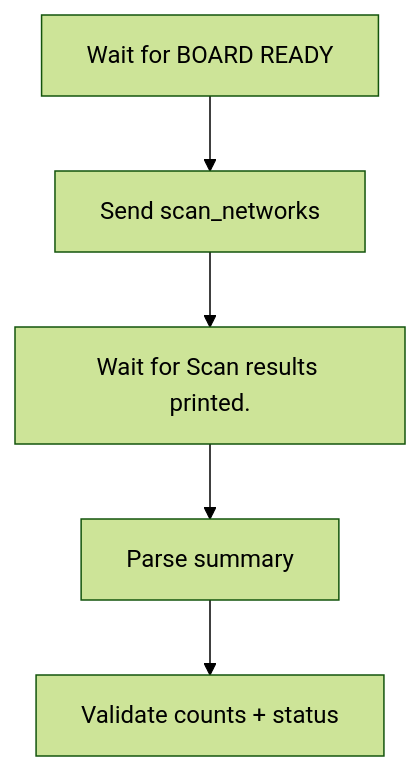
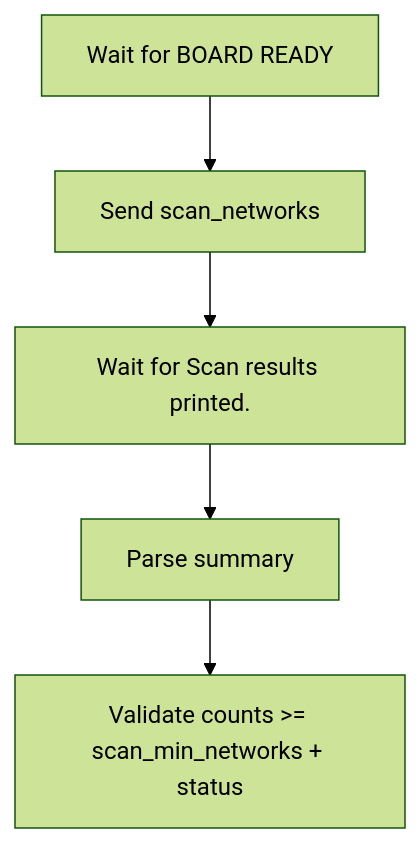
Before and after one commit to C5Lab/projectZero: the sixth of 15 diagrams in ESP32C5/tests/README.md, drawn with Mermaid (forest theme). The commit also changed other lines of this file and 2 other files, not shown here.

Commit message:
scan rework

````diff
--- a/ESP32C5/tests/README.md
+++ b/ESP32C5/tests/README.md
@@ -118,7 +137,7 @@
 ```mermaid
 flowchart TD
     A[Wait for BOARD READY] --> B[Send scan_networks]
     B --> C[Wait for Scan results printed.]
     C --> D[Parse summary]
-    D --> E[Validate counts + status]
+    D --> E[Validate counts >= scan_min_networks + status]
 ```
````
